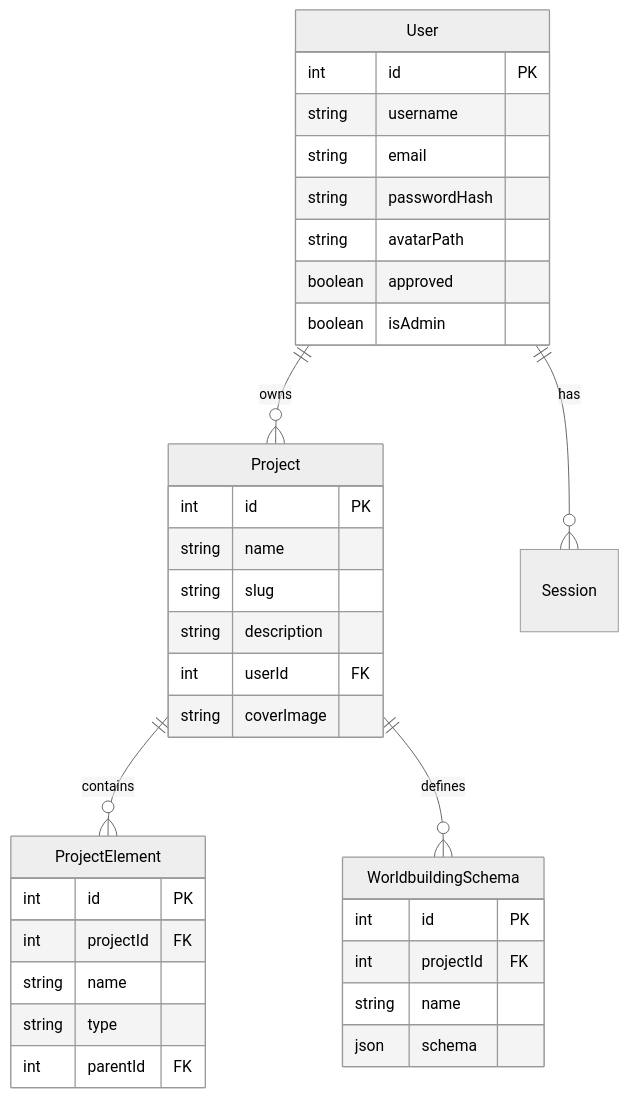
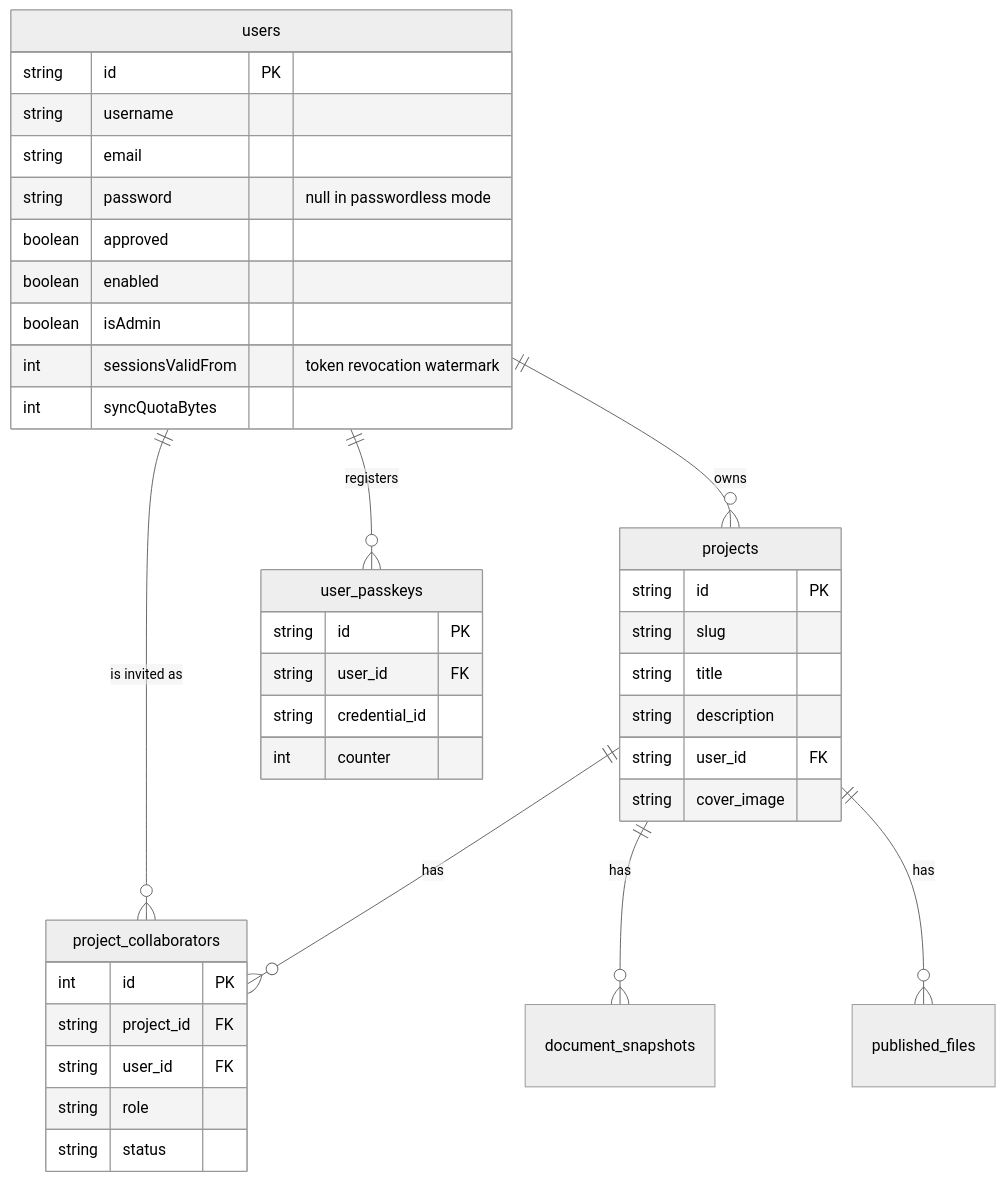
Before and after one commit to bobbyquantum/inkweld: the fourth of 9 diagrams in docs/site/docs/developer/architecture.md, drawn with Mermaid. The commit also changed other lines of this file and 88 other files, not shown here.

````diff
--- a/docs/site/docs/developer/architecture.md
+++ b/docs/site/docs/developer/architecture.md
@@ -279,42 +323,46 @@
 ```mermaid
 %%{init: {'theme':'neutral'}}%%
 erDiagram
-    User ||--o{ Project : owns
-    User ||--o{ Session : has
-    Project ||--o{ ProjectElement : contains
-    Project ||--o{ WorldbuildingSchema : defines
+    users ||--o{ projects : owns
+    users ||--o{ user_passkeys : registers
+    users ||--o{ project_collaborators : "is invited as"
+    projects ||--o{ project_collaborators : has
+    projects ||--o{ document_snapshots : has
+    projects ||--o{ published_files : has
 
-    User {
-        int id PK
+    users {
+        string id PK
         string username
         string email
-        string passwordHash
-        string avatarPath
+        string password "null in passwordless mode"
         boolean approved
+        boolean enabled
         boolean isAdmin
+        int sessionsValidFrom "token revocation watermark"
+        int syncQuotaBytes
     }
 
-    Project {
-        int id PK
-        string name
+    projects {
+        string id PK
         string slug
+        string title
         string description
-        int userId FK
-        string coverImage
+        string user_id FK
+        string cover_image
     }
 
-    ProjectElement {
+    project_collaborators {
         int id PK
-        int projectId FK
-        string name
-        string type
-        int parentId FK
+        string project_id FK
+        string user_id FK
+        string role
+        string status
     }
 
-    WorldbuildingSchema {
-        int id PK
-        int projectId FK
-        string name
-        json schema
+    user_passkeys {
+        string id PK
+        string user_id FK
+        string credential_id
+        int counter
     }
 ```
````
